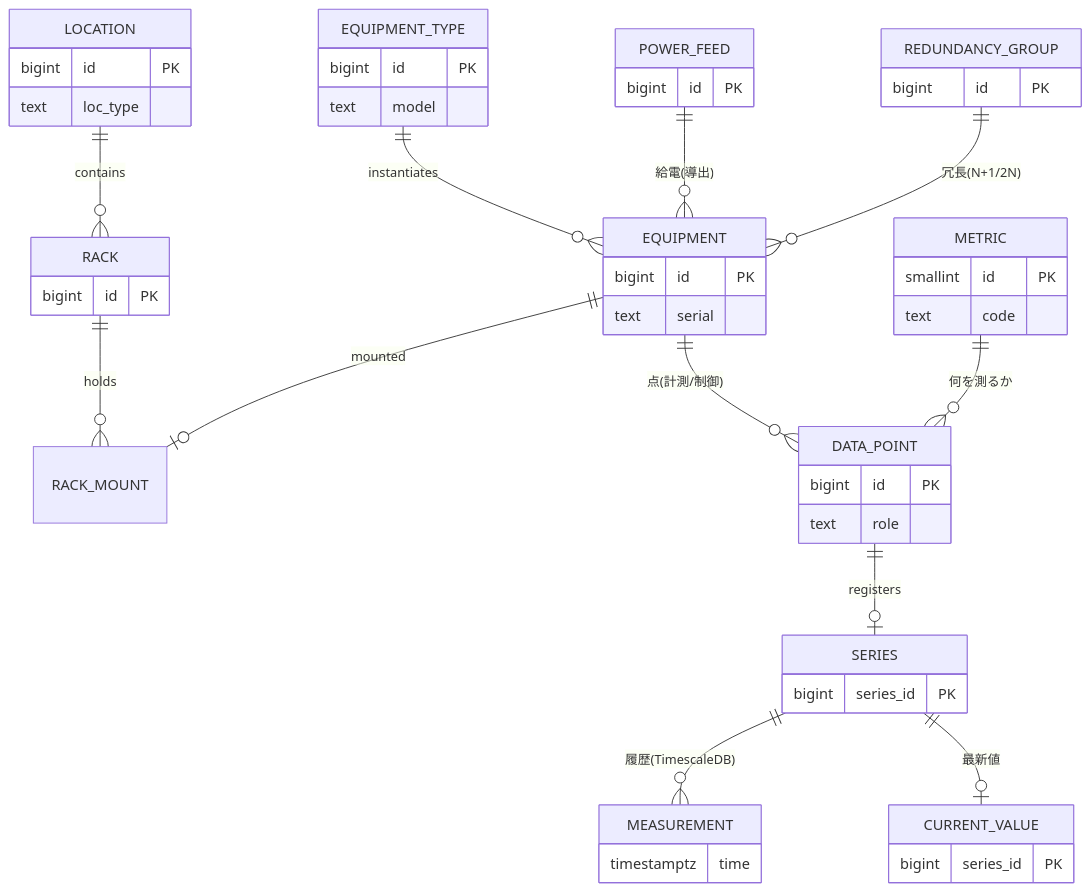
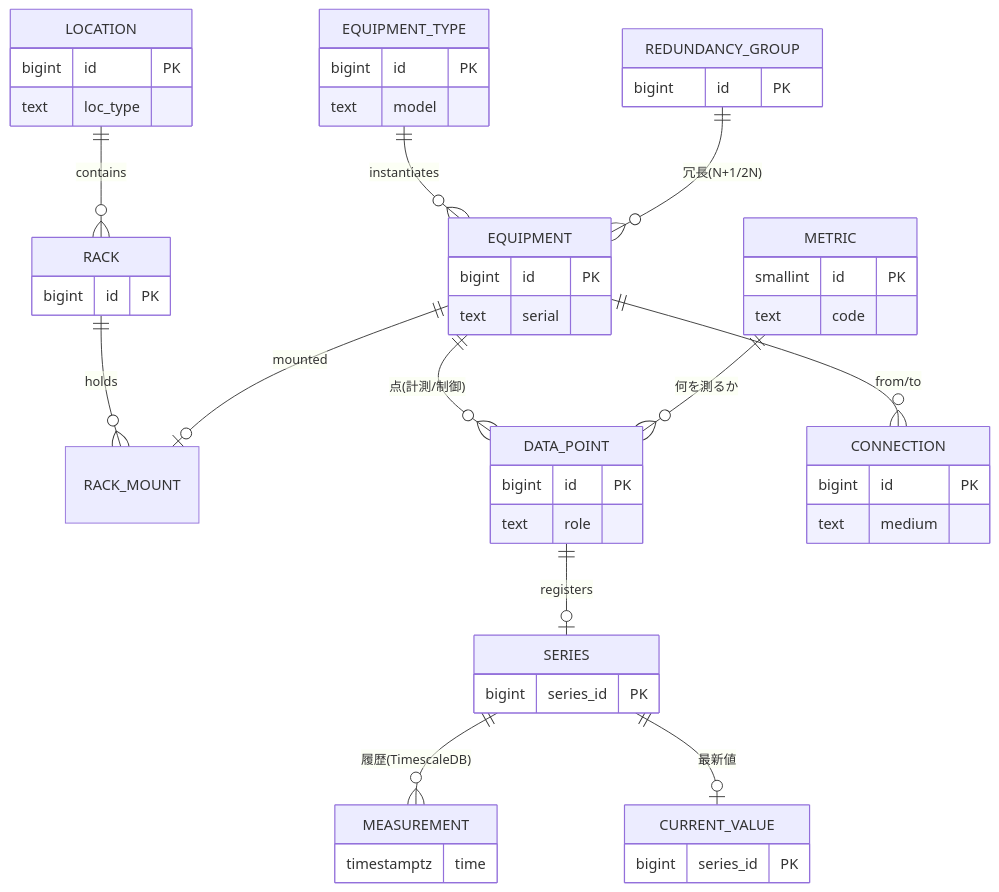
The first of 5 diagrams in 00-overview.md (hn-11/dcim-schema-design), drawn with Mermaid before and after one commit. The commit also changed other lines of this file and 13 other files, not shown here.

````diff
--- a/00-overview.md
+++ b/00-overview.md
@@ -18,53 +22,54 @@
 ```mermaid
 erDiagram
     LOCATION ||--o{ RACK : contains
     RACK ||--o{ RACK_MOUNT : holds
     EQUIPMENT ||--o| RACK_MOUNT : mounted
     EQUIPMENT_TYPE ||--o{ EQUIPMENT : instantiates
     EQUIPMENT ||--o{ DATA_POINT : "点(計測/制御)"
     METRIC ||--o{ DATA_POINT : "何を測るか"
     DATA_POINT ||--o| SERIES : registers
     SERIES ||--o{ MEASUREMENT : "履歴(TimescaleDB)"
     SERIES ||--o| CURRENT_VALUE : "最新値"
-    POWER_FEED ||--o{ EQUIPMENT : "給電(導出)"
+    EQUIPMENT ||--o{ CONNECTION : "from/to"
     REDUNDANCY_GROUP ||--o{ EQUIPMENT : "冗長(N+1/2N)"
 
     LOCATION {
         bigint id PK
         text loc_type
     }
     RACK {
         bigint id PK
     }
     EQUIPMENT_TYPE {
         bigint id PK
         text model
     }
     EQUIPMENT {
         bigint id PK
         text serial
     }
     METRIC {
         smallint id PK
         text code
     }
     DATA_POINT {
         bigint id PK
         text role
     }
     SERIES {
         bigint series_id PK
     }
     MEASUREMENT {
         timestamptz time
     }
     CURRENT_VALUE {
         bigint series_id PK
     }
-    POWER_FEED {
+    CONNECTION {
         bigint id PK
+        text medium
     }
     REDUNDANCY_GROUP {
         bigint id PK
     }
 ```
````
